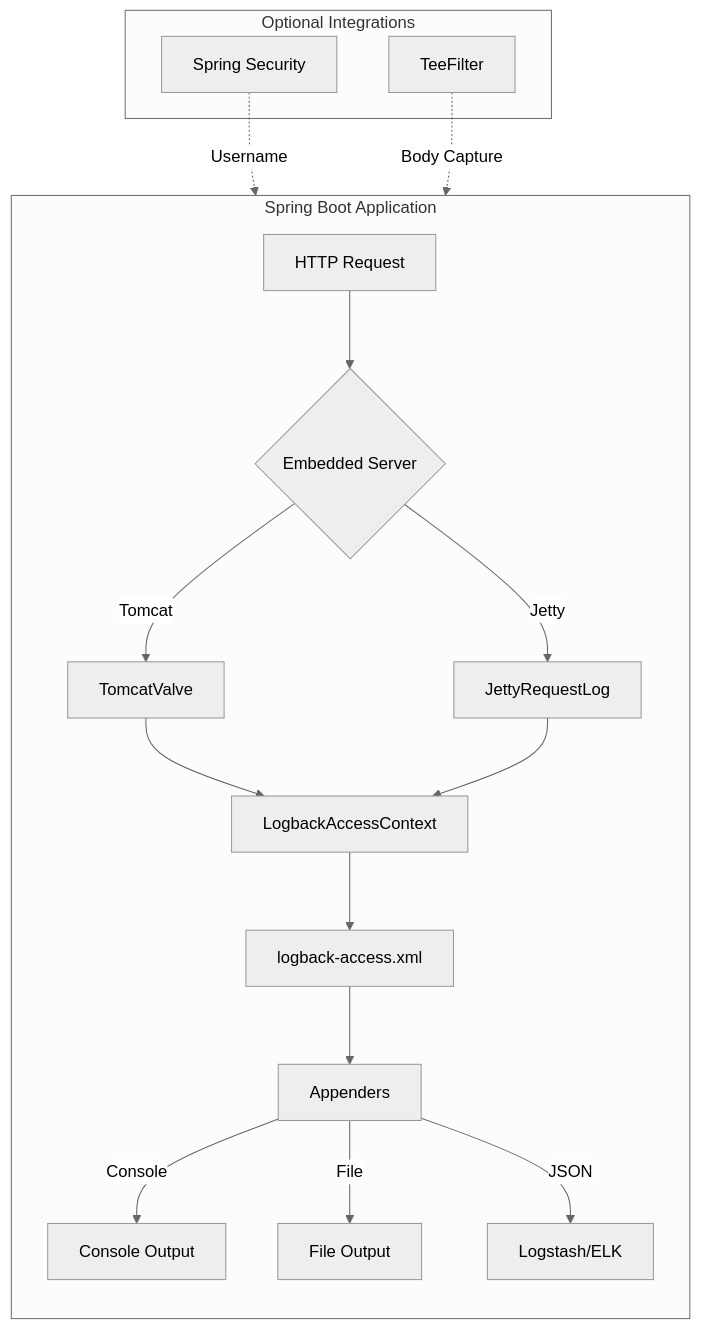
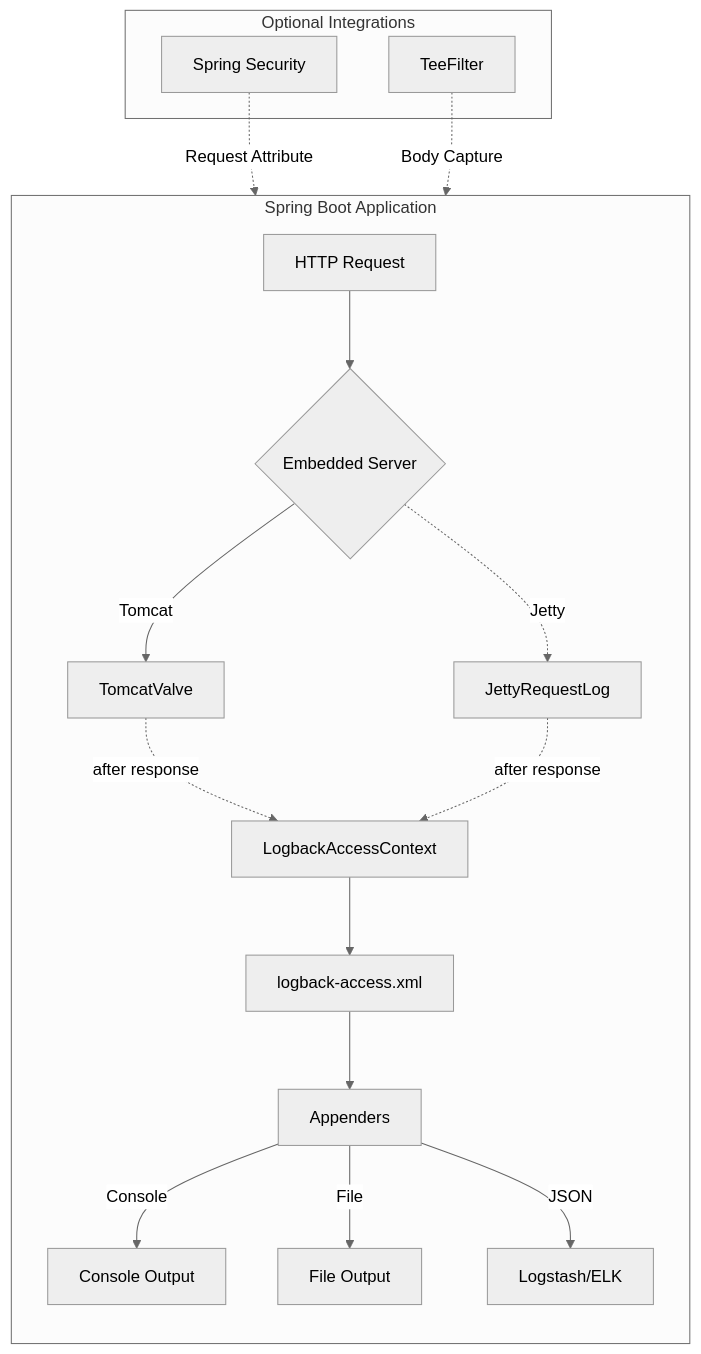
Before and after one commit to seijikohara/logback-access-spring-boot-starter: the first of 4 diagrams in README.md, drawn with Mermaid (neutral theme). The commit also changed other lines of this file and 45 other files, not shown here.

````diff
--- a/README.md
+++ b/README.md
@@ -16,21 +16,21 @@
 ```mermaid
 flowchart TB
     subgraph Spring Boot Application
         direction TB
         A[HTTP Request] --> B{Embedded Server}
         B -->|Tomcat| C[TomcatValve]
-        B -->|Jetty| D[JettyRequestLog]
-        C --> E[LogbackAccessContext]
-        D --> E
+        B -.->|Jetty| D[JettyRequestLog]
+        C -.->|after response| E[LogbackAccessContext]
+        D -.->|after response| E
         E --> F[logback-access.xml]
         F --> G[Appenders]
         G -->|Console| H[Console Output]
         G -->|File| I[File Output]
         G -->|JSON| J[Logstash/ELK]
     end
 
     subgraph Optional Integrations
-        K[Spring Security] -.->|Username| E
+        K[Spring Security] -.->|Request Attribute| E
         L[TeeFilter] -.->|Body Capture| E
     end
 ```
````
